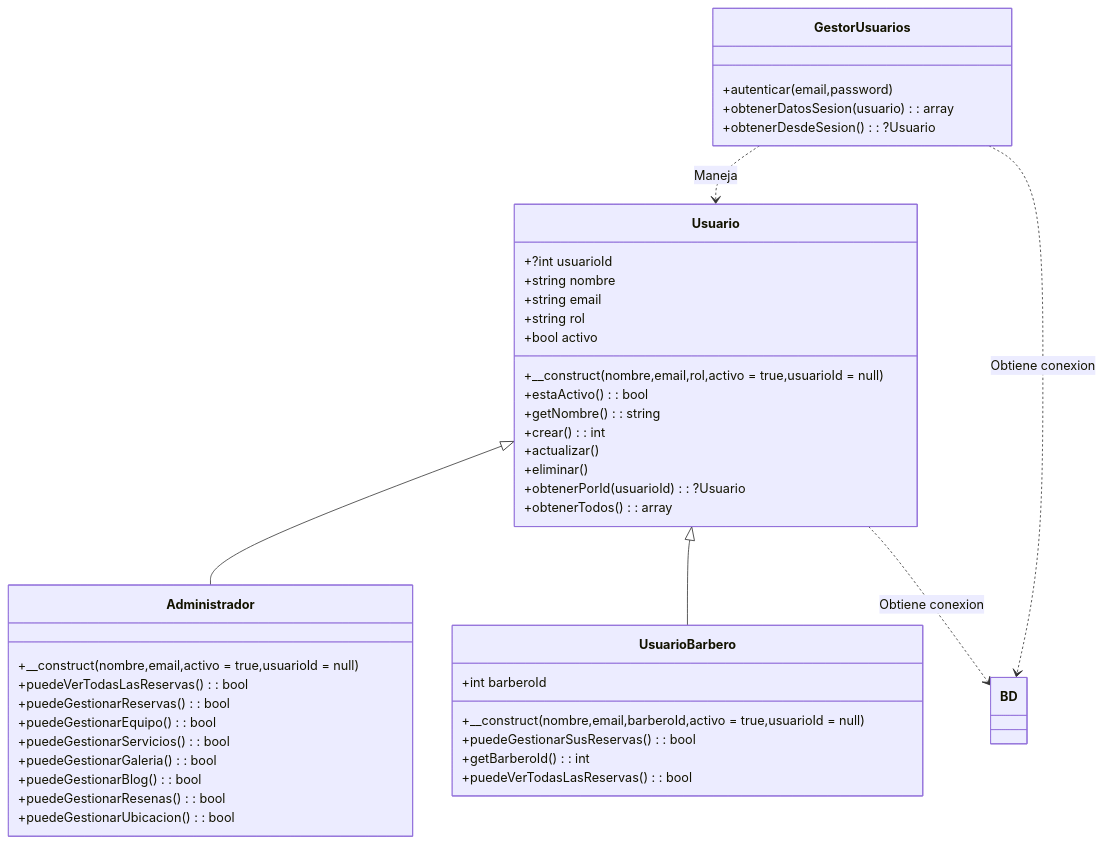
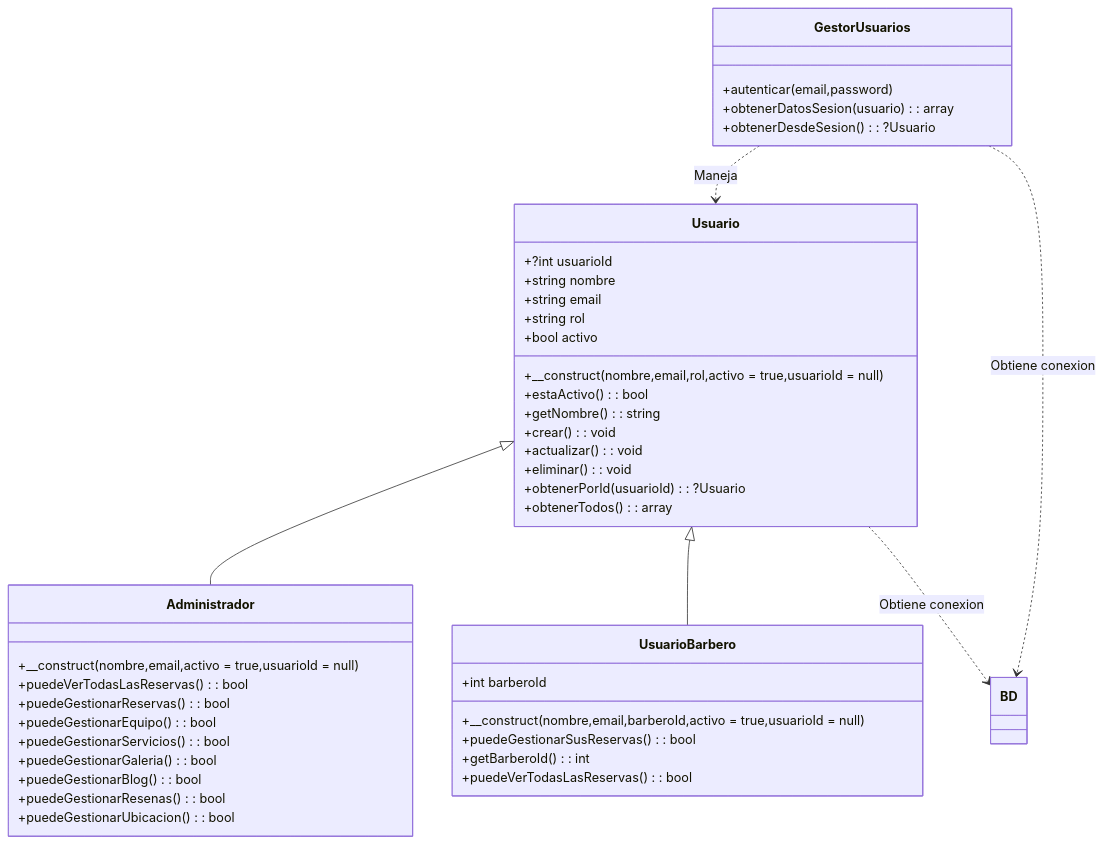
One commit to dzeledonj-create/barberia_catracha changed the diagram in admin/clases_admin/diagramas.md. Above: the diagram before and after it, drawn with Mermaid. The commit also changed 1 other file, not shown here.

Commit message:
usuario.php

````diff
--- a/admin/clases_admin/diagramas.md
+++ b/admin/clases_admin/diagramas.md
@@ -3,50 +3,50 @@
 ```mermaid
 classDiagram
     class Administrador {
         +__construct(nombre,email,activo = true,usuarioId = null)
         +puedeVerTodasLasReservas() : bool
         +puedeGestionarReservas() : bool
         +puedeGestionarEquipo() : bool
         +puedeGestionarServicios() : bool
         +puedeGestionarGaleria() : bool
         +puedeGestionarBlog() : bool
         +puedeGestionarResenas() : bool
         +puedeGestionarUbicacion() : bool
     }
 
     class GestorUsuarios {
         +autenticar(email,password)
         +obtenerDatosSesion(usuario) : array
         +obtenerDesdeSesion() : ?Usuario
     }
 
     class Usuario {
         +?int usuarioId
         +string nombre
         +string email
         +string rol
         +bool activo
         +__construct(nombre,email,rol,activo = true,usuarioId = null)
         +estaActivo() : bool
         +getNombre() : string
-        +crear() : int
-        +actualizar()
-        +eliminar()
+        +crear() : void
+        +actualizar() : void
+        +eliminar() : void
         +obtenerPorId(usuarioId) : ?Usuario
         +obtenerTodos() : array
     }
 
     class UsuarioBarbero {
         +int barberoId
         +__construct(nombre,email,barberoId,activo = true,usuarioId = null)
         +puedeGestionarSusReservas() : bool
         +getBarberoId() : int
         +puedeVerTodasLasReservas() : bool
     }
 
     Usuario <|-- Administrador
     Usuario <|-- UsuarioBarbero
     GestorUsuarios ..> Usuario : Maneja
     GestorUsuarios ..> BD : Obtiene conexion
     Usuario ..> BD : Obtiene conexion
 ```
````
